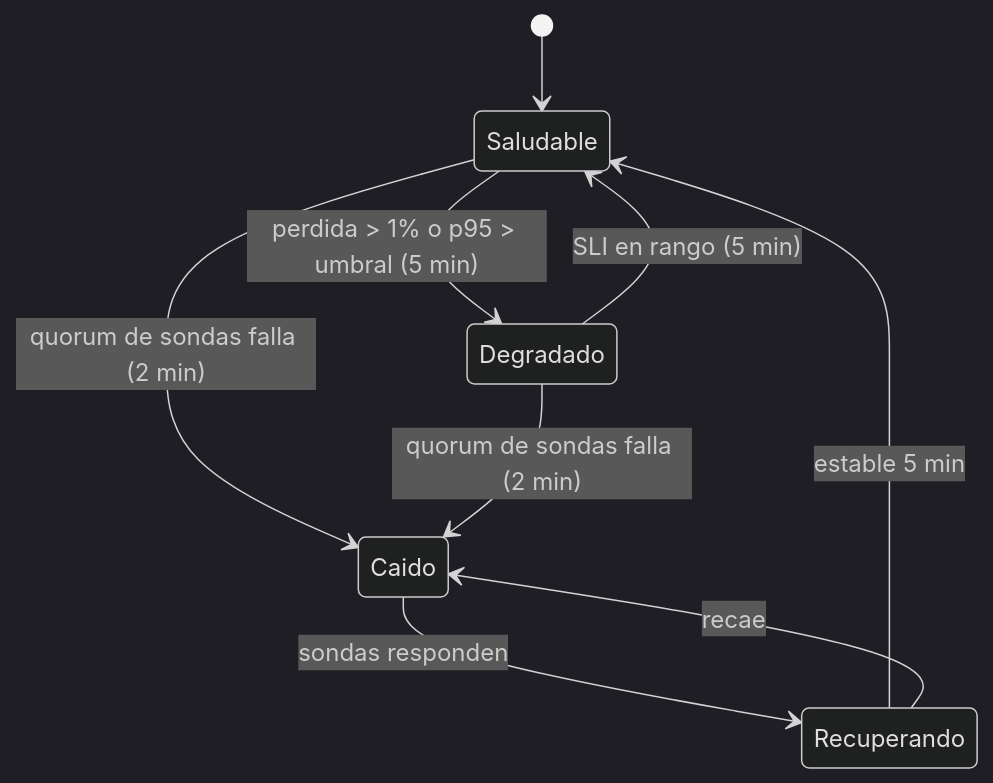
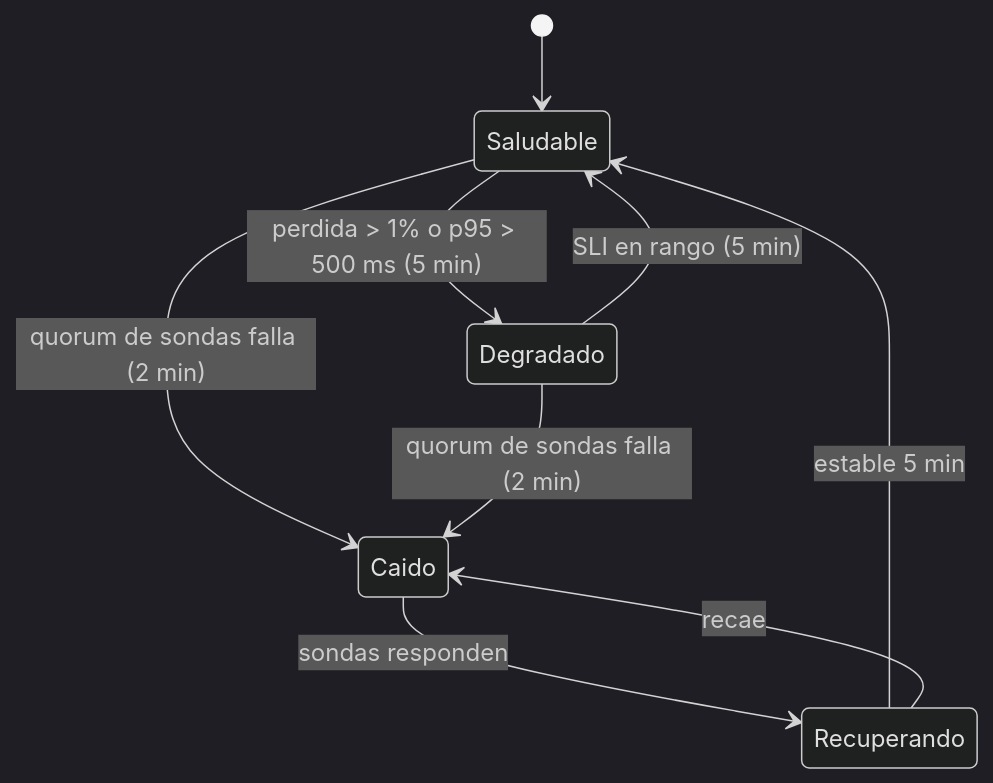
Before and after one commit to higerotech/yggdrasil: the third of 5 diagrams in docs/02-design/architecture.md, drawn with Mermaid (dark theme). The commit also changed other lines of this file and 6 other files, not shown here.

````diff
--- a/docs/02-design/architecture.md
+++ b/docs/02-design/architecture.md
@@ -79,11 +80,11 @@
 ```mermaid
 stateDiagram-v2
     [*] --> Saludable
-    Saludable --> Degradado: perdida > 1% o p95 > umbral (5 min)
+    Saludable --> Degradado: perdida > 1% o p95 > 500 ms (5 min)
     Saludable --> Caido: quorum de sondas falla (2 min)
     Degradado --> Caido: quorum de sondas falla (2 min)
     Degradado --> Saludable: SLI en rango (5 min)
     Caido --> Recuperando: sondas responden
     Recuperando --> Saludable: estable 5 min
     Recuperando --> Caido: recae
 ```
````
